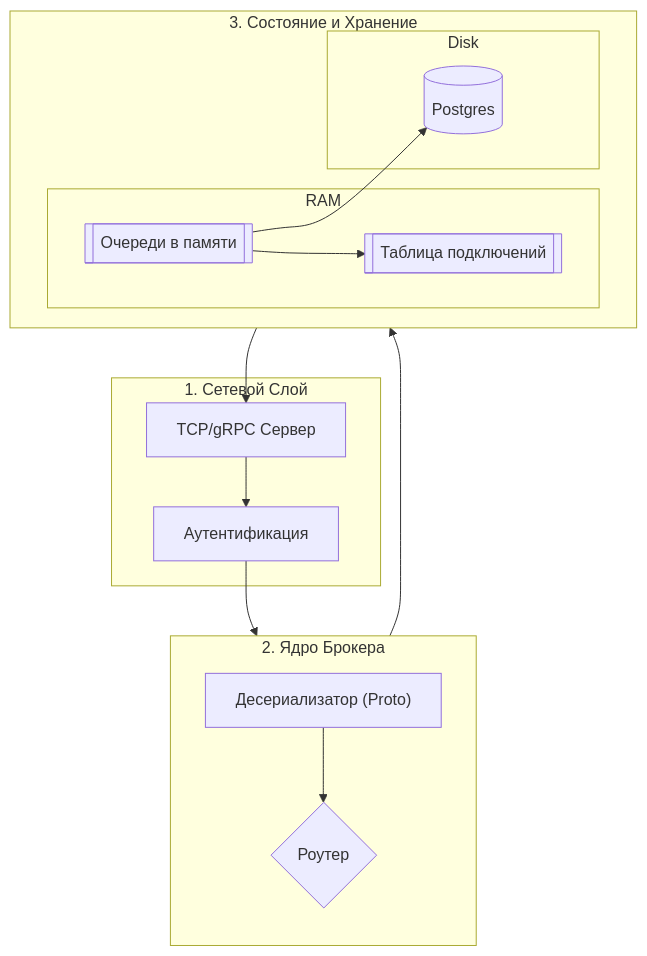
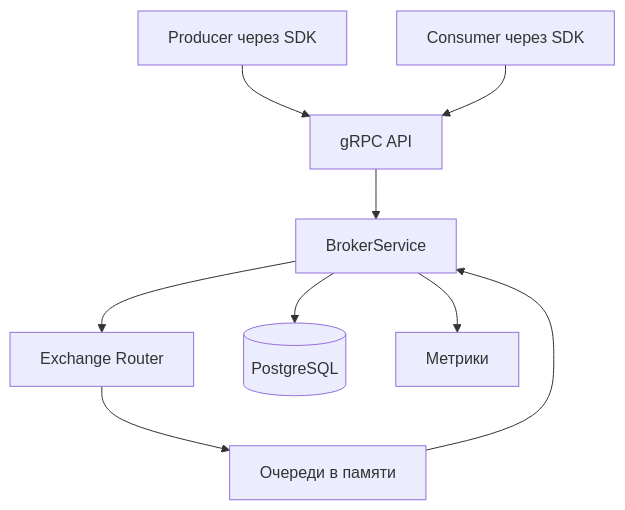
One commit to Kbnch7/SquirrelMQ changed the first of 2 diagrams in README.md. Above: the diagram before and after it, drawn with Mermaid. The commit also changed other lines of this file and 15 other files, not shown here.

````diff
--- a/README.md
+++ b/README.md
@@ -19,33 +33,11 @@
 ```mermaid
 graph TB
-subgraph Network_IO [1. Сетевой Слой]
-    TCPServer[TCP/gRPC Сервер]
-    Auth[Аутентификация]
-end
-
-subgraph Core_Engine [2. Ядро Брокера]
-    direction TB
-    ReqParser["Десериализатор (Proto)"]
-    Router{Роутер}
-end
-
-subgraph State_Management [3. Состояние и Хранение]
-    direction LR
-    subgraph Memory_Layer [RAM]
-        InMemQueues[[Очереди в памяти]]
-        ConnDB[[Таблица подключений]]
-    end
-
-    subgraph Persistent_Layer [Disk]
-        WAL[(Postgres)]
-    end
-end
-
-TCPServer --> Auth
-Auth --> ReqParser
-ReqParser --> Router
-Router --> InMemQueues
-InMemQueues --> WAL
-InMemQueues --> ConnDB
-ConnDB --> TCPServer
+    Producer[Producer через SDK] --> GRPC[gRPC API]
+    Consumer[Consumer через SDK] --> GRPC
+    GRPC --> Service[BrokerService]
+    Service --> Router[Exchange Router]
+    Router --> RuntimeQueues[Очереди в памяти]
+    Service --> Postgres[(PostgreSQL)]
+    RuntimeQueues --> Service
+    Service --> Metrics[Метрики]
 ```
````
